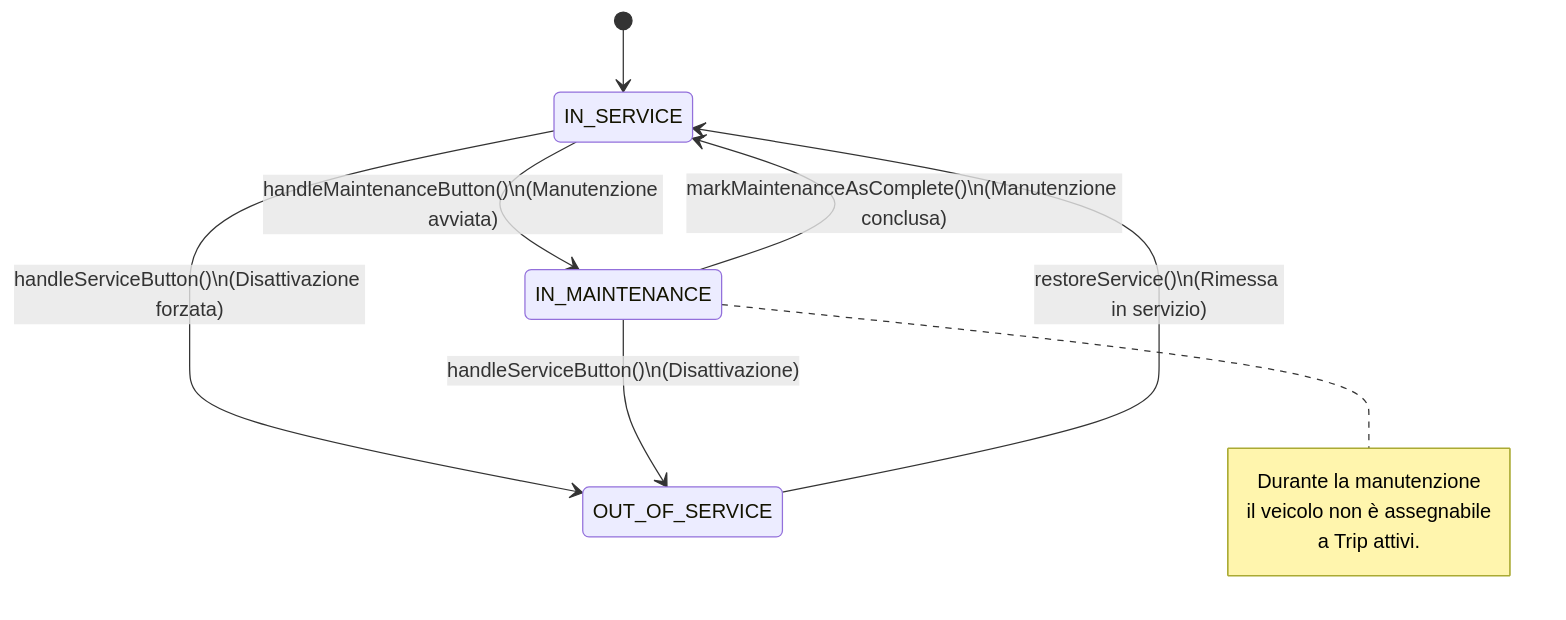
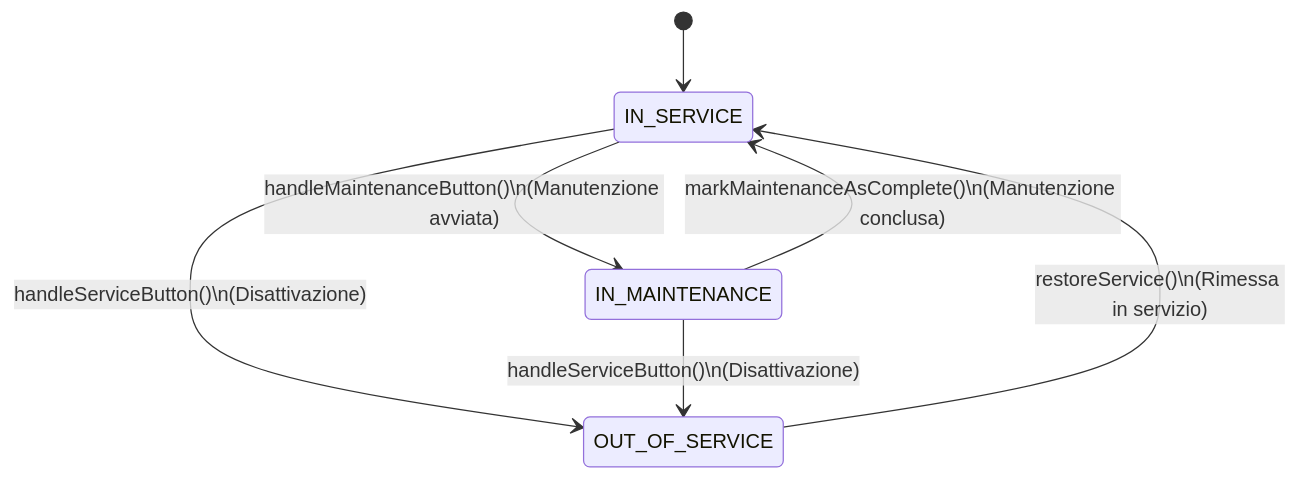
The sixth of 15 diagrams in report.md (Alex-Cambrini/pss24-25-WasteMaster-Cambrini-Ferrari-Ragazzini), drawn with Mermaid before and after one commit. The commit also changed other lines of this file, not shown here.

````diff
--- a/report.md
+++ b/report.md
@@ -382,17 +339,12 @@
 ```mermaid
 stateDiagram-v2
-[*] --> IN_SERVICE
+    [*] --> IN_SERVICE
 
     IN_SERVICE --> IN_MAINTENANCE : handleMaintenanceButton()\n(Manutenzione avviata)
     IN_MAINTENANCE --> IN_SERVICE : markMaintenanceAsComplete()\n(Manutenzione conclusa)
 
-    IN_SERVICE --> OUT_OF_SERVICE : handleServiceButton()\n(Disattivazione forzata)
+    IN_SERVICE --> OUT_OF_SERVICE : handleServiceButton()\n(Disattivazione)
     IN_MAINTENANCE --> OUT_OF_SERVICE : handleServiceButton()\n(Disattivazione)
 
     OUT_OF_SERVICE --> IN_SERVICE : restoreService()\n(Rimessa in servizio)
-    note right of IN_MAINTENANCE
-        Durante la manutenzione
-        il veicolo non è assegnabile
-        a Trip attivi.
-    end note
 ```
````
